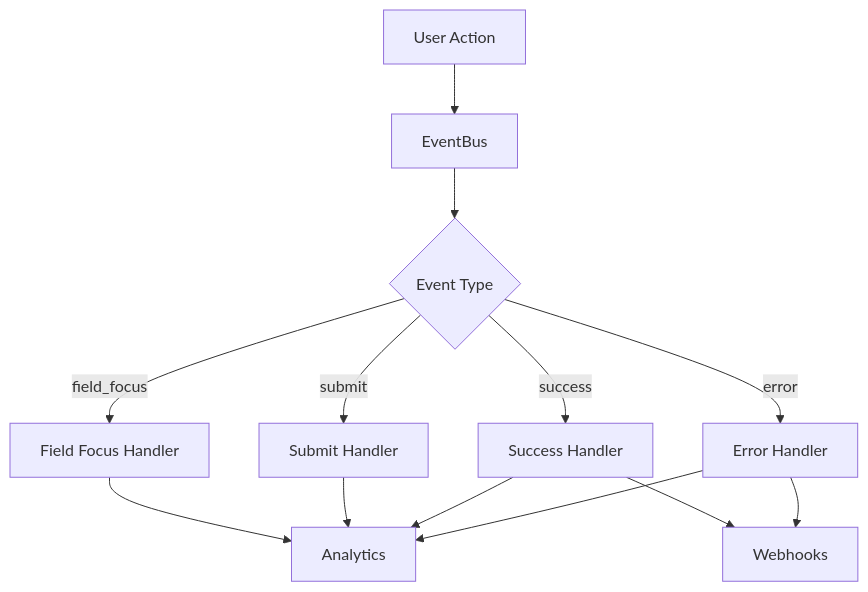
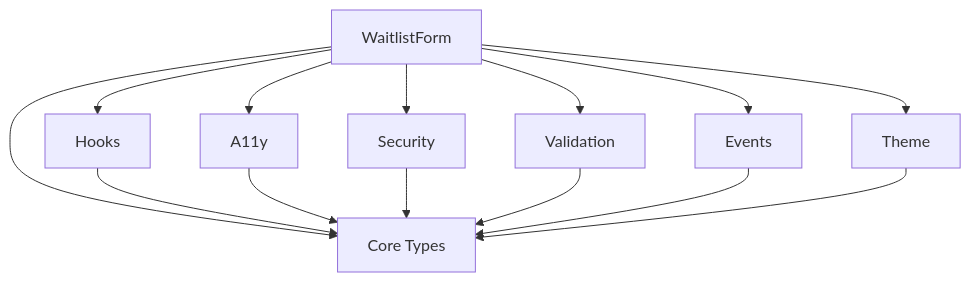
The ninth of 9 diagrams in docs/architecture.md (pmatheusvinhas/react-waitlist), drawn with Mermaid before and after one commit. The commit also changed other lines of this file and 36 other files, not shown here.

````diff
--- a/docs/architecture.md
+++ b/docs/architecture.md
@@ -162,17 +199,16 @@
 ```mermaid
 graph TD
-    A[User Action] --> B[EventBus]
-    B --> C{Event Type}
-    C -->|field_focus| D[Field Focus Handler]
-    C -->|submit| E[Submit Handler]
-    C -->|success| F[Success Handler]
-    C -->|error| G[Error Handler]
-    
-    D --> H[Analytics]
-    E --> H
-    F --> H
-    G --> H
-    
-    F --> I[Webhooks]
-    G --> I
+    A[WaitlistForm] --> B[Core Types]
+    A --> C[Hooks]
+    A --> D[A11y]
+    C --> B
+    D --> B
+    A --> E[Security]
+    E --> B
+    A --> F[Validation]
+    F --> B
+    A --> G[Events]
+    G --> B
+    A --> H[Theme]
+    H --> B
 ```
````
